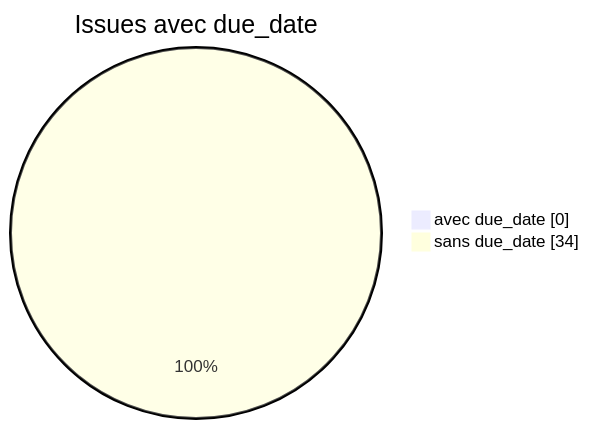
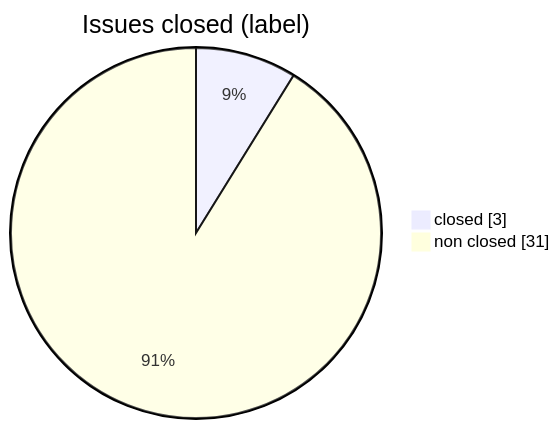
Before and after one commit to Gooseppr/GevOps_LC: the second of 7 diagrams in modules/M42_projet-board-J02.md, drawn with Mermaid. The commit also changed other lines of this file, not shown here.

Commit message:
Auto commit & push depuis script pipeline

````diff
--- a/modules/M42_projet-board-J02.md
+++ b/modules/M42_projet-board-J02.md
@@ -38,6 +38,6 @@
 ```mermaid
 pie showData
-    title Issues avec due_date
-    "avec due_date" : 0
-    "sans due_date" : 34
+    title Issues closed (label)
+    "closed" : 3
+    "non closed" : 31
 ```
````
